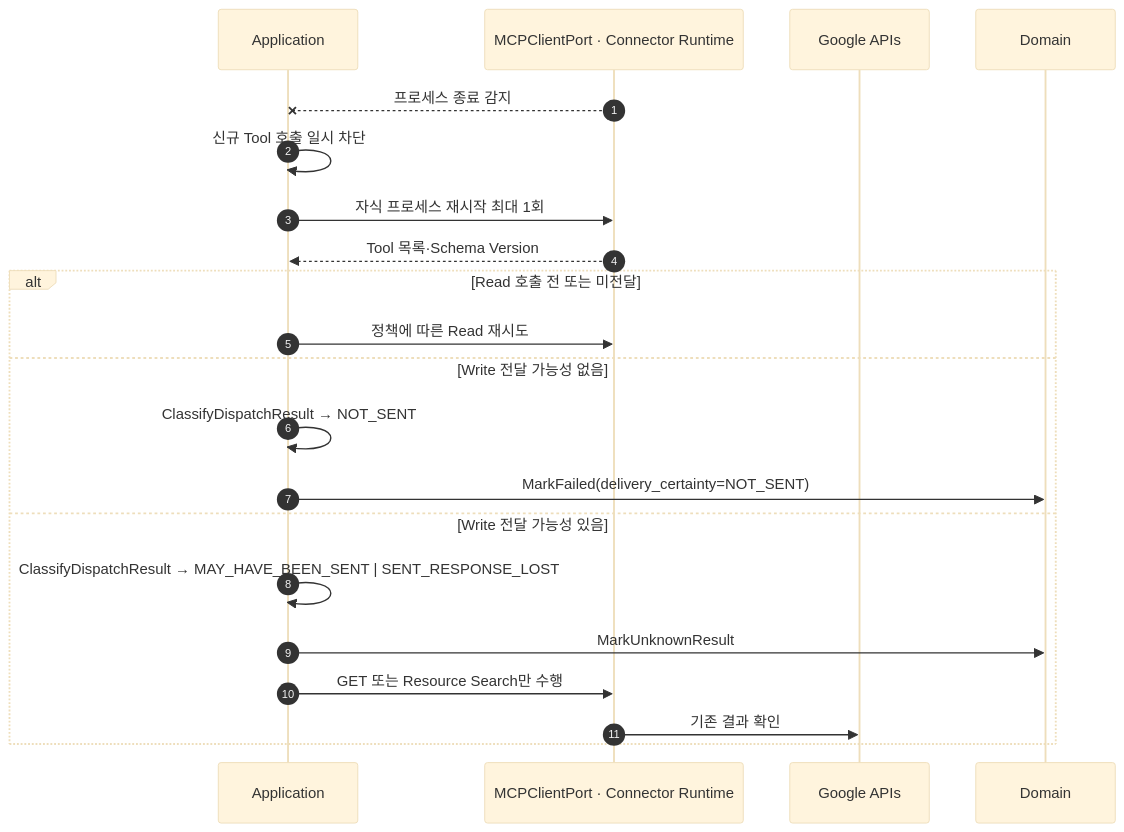
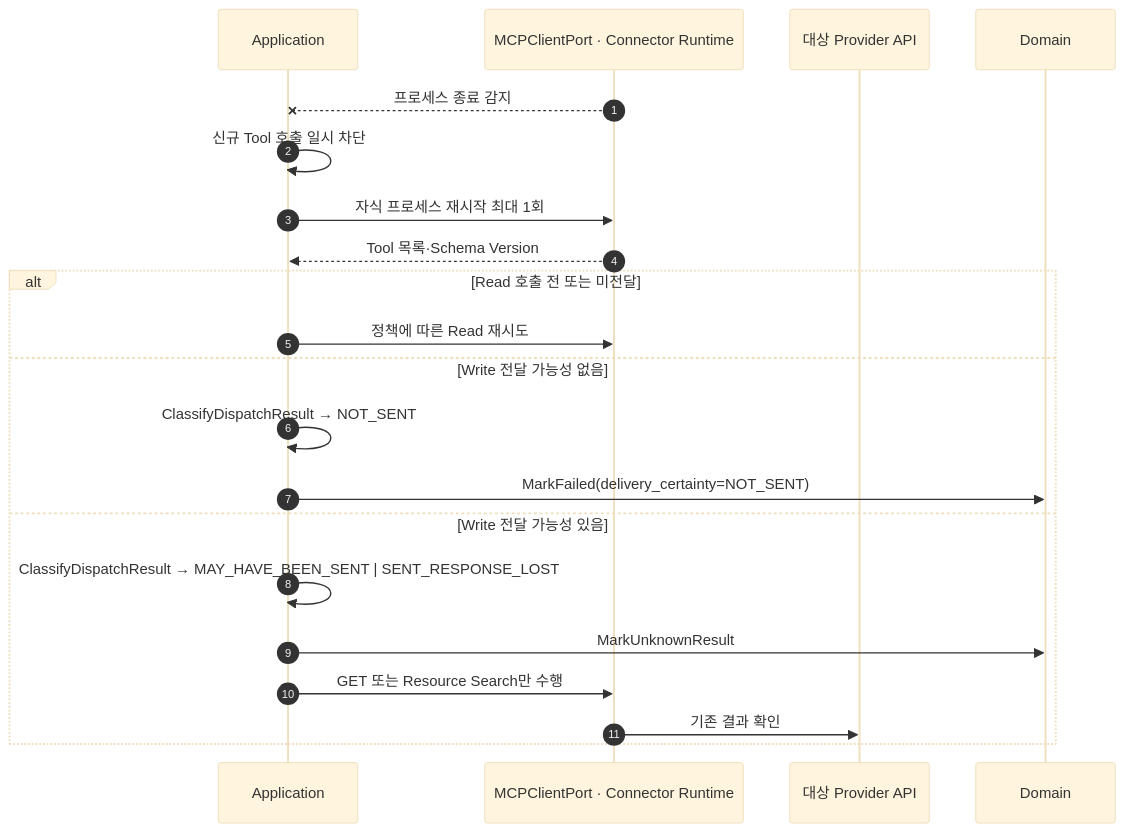
Diagram 17 of 19 in docs/canonical/08-sequence-design.md (solar-ai-dev/mcp-work-agent), drawn with Mermaid (base theme) before and after one commit. The commit also changed other lines of this file and 11 other files, not shown here.

````diff
--- a/docs/canonical/08-sequence-design.md
+++ b/docs/canonical/08-sequence-design.md
@@ -1386,25 +1388,25 @@
 ```mermaid
 sequenceDiagram
     autonumber
     participant APP as Application
     participant MCP as MCPClientPort · Connector Runtime
-    participant G as Google APIs
+    participant G as 대상 Provider API
     participant DOM as Domain
 
     MCP--xAPP: 프로세스 종료 감지
     APP->>APP: 신규 Tool 호출 일시 차단
     APP->>MCP: 자식 프로세스 재시작 최대 1회
     MCP-->>APP: Tool 목록·Schema Version
 
     alt Read 호출 전 또는 미전달
         APP->>MCP: 정책에 따른 Read 재시도
     else Write 전달 가능성 없음
         APP->>APP: ClassifyDispatchResult → NOT_SENT
         APP->>DOM: MarkFailed(delivery_certainty=NOT_SENT)
     else Write 전달 가능성 있음
         APP->>APP: ClassifyDispatchResult → MAY_HAVE_BEEN_SENT | SENT_RESPONSE_LOST
         APP->>DOM: MarkUnknownResult
         APP->>MCP: GET 또는 Resource Search만 수행
         MCP->>G: 기존 결과 확인
     end
 ```
````
